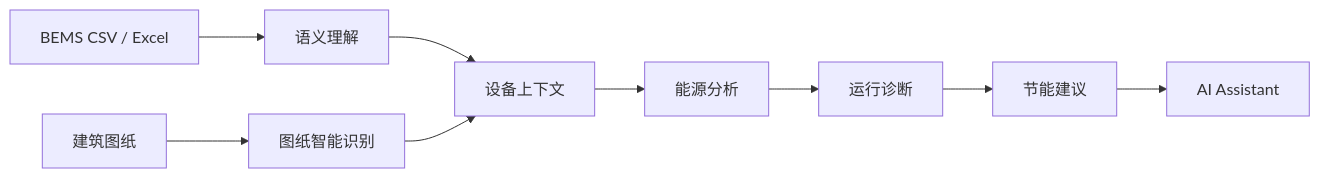
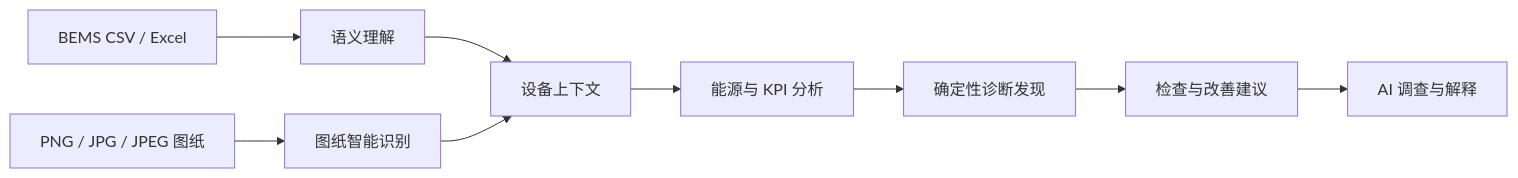
The first of 3 diagrams in README_zh.md (KaedeharaT/hvac-ai-analyzer), drawn with Mermaid before and after one commit. The commit also changed other lines of this file and 10 other files, not shown here.

````diff
--- a/README_zh.md
+++ b/README_zh.md
@@ -29,11 +21,11 @@
 ```mermaid
 flowchart LR
-    A[BEMS CSV / Excel] --> B[语义理解]
-    D[建筑图纸] --> E[图纸智能识别]
-    B --> C[设备上下文]
-    E --> C
-    C --> F[能源分析]
-    F --> G[运行诊断]
-    G --> H[节能建议]
-    H --> I[AI Assistant]
+    B[BEMS CSV / Excel] --> S[语义理解]
+    D[PNG / JPG / JPEG 图纸] --> V[图纸智能识别]
+    S --> E[设备上下文]
+    V --> E
+    E --> A[能源与 KPI 分析]
+    A --> F[确定性诊断发现]
+    F --> R[检查与改善建议]
+    R --> I[AI 调查与解释]
 ```
````
